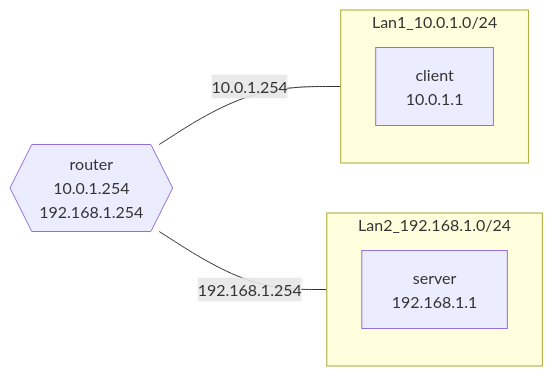
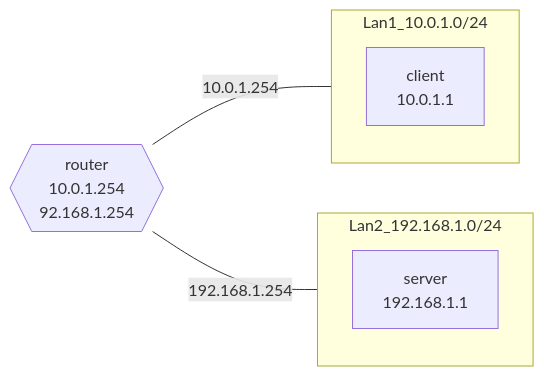
Before and after one commit to TendTo/Tutorato-Reti-di-Calcolatori: the third of 3 diagrams in lezioni/3-Network/README.md, drawn with Mermaid. The commit also changed other lines of this file and 12 other files, not shown here.

Commit message:
chore: update mermaid

````diff
--- a/lezioni/3-Network/README.md
+++ b/lezioni/3-Network/README.md
@@ -311,17 +311,17 @@
 ```mermaid
 flowchart LR
 
-r{{router\n10.0.1.254\n192.168.1.254}}
+r{{"`router<br>10.0.1.254<br>92.168.1.254`"}}
 
 subgraph Lan1_10.0.1.0/24
-    c[client\n10.0.1.1]
+    c["`client<br>10.0.1.1`"]
 end
 
 
 subgraph Lan2_192.168.1.0/24
-    s[server\n192.168.1.1]
+    s["`server<br>192.168.1.1`"]
 end
 
 r --10.0.1.254--- Lan1_10.0.1.0/24
 r --192.168.1.254--- Lan2_192.168.1.0/24
 ```
````
